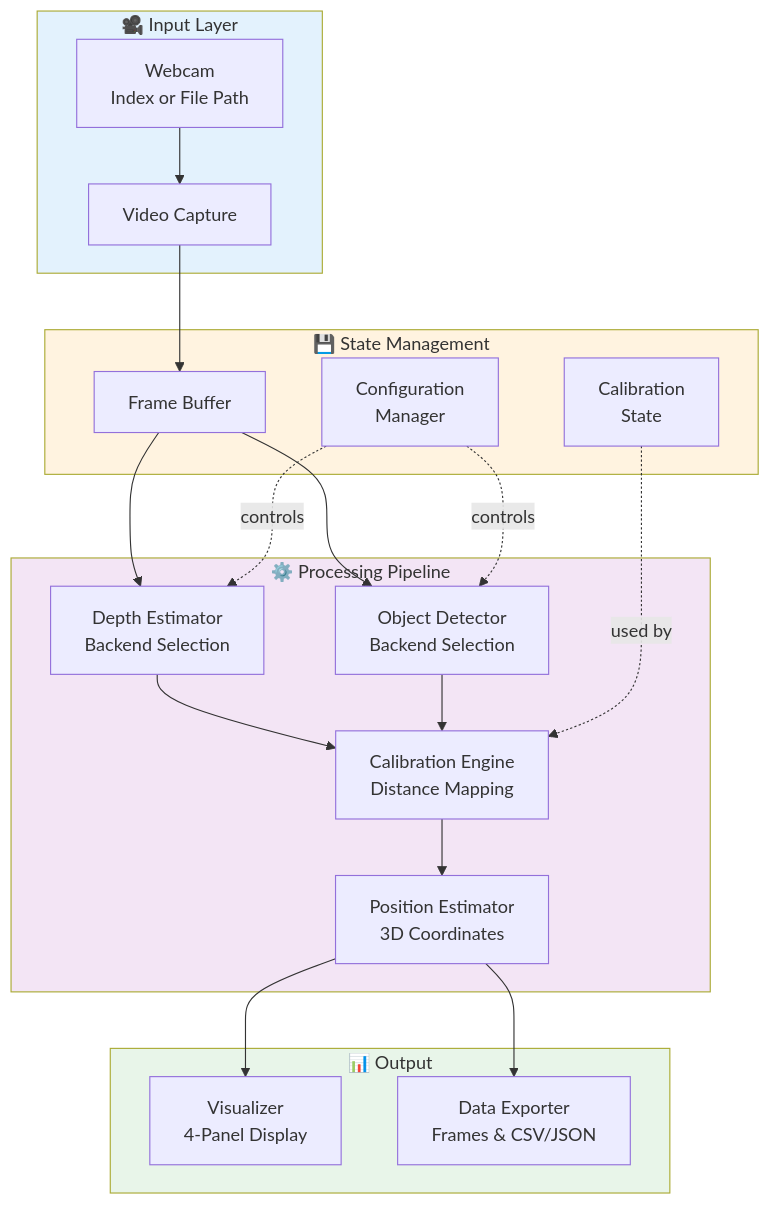
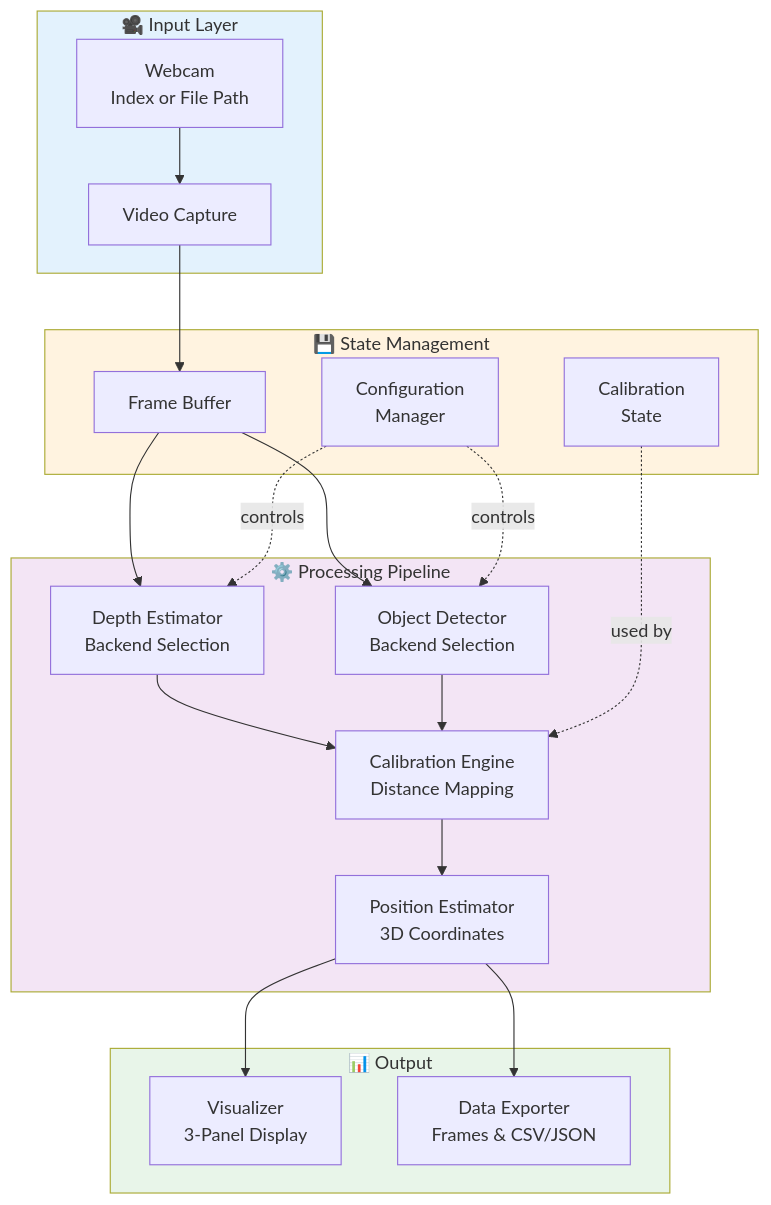
One commit to vinitsathe23-tech/depth-estimator changed the first of 3 diagrams in docs/design/system-architecture.md. Above: the diagram before and after it, drawn with Mermaid. The commit also changed other lines of this file and 6 other files, not shown here.

````diff
--- a/docs/design/system-architecture.md
+++ b/docs/design/system-architecture.md
@@ -15,43 +15,43 @@
 ```mermaid
 graph TB
     subgraph Input["🎥 Input Layer"]
         WC["Webcam<br/>Index or File Path"]
         VC["Video Capture"]
     end
     
     subgraph Processing["⚙️ Processing Pipeline"]
         DE["Depth Estimator<br/>Backend Selection"]
         OD["Object Detector<br/>Backend Selection"]
         CE["Calibration Engine<br/>Distance Mapping"]
         PE["Position Estimator<br/>3D Coordinates"]
     end
     
     subgraph State["💾 State Management"]
         CONFIG["Configuration<br/>Manager"]
         CAL["Calibration<br/>State"]
         FRAME_BUFFER["Frame Buffer"]
     end
     
     subgraph Output["📊 Output"]
-        VIZ["Visualizer<br/>4-Panel Display"]
+        VIZ["Visualizer<br/>3-Panel Display"]
         EXPORT["Data Exporter<br/>Frames & CSV/JSON"]
     end
     
     WC --> VC
     VC --> FRAME_BUFFER
     FRAME_BUFFER --> DE
     FRAME_BUFFER --> OD
     DE --> CE
     OD --> CE
     CE --> PE
     PE --> VIZ
     PE --> EXPORT
     CONFIG -.->|controls| DE
     CONFIG -.->|controls| OD
     CAL -.->|used by| CE
     
     style Input fill:#e3f2fd
     style Processing fill:#f3e5f5
     style State fill:#fff3e0
     style Output fill:#e8f5e9
 ```
````
